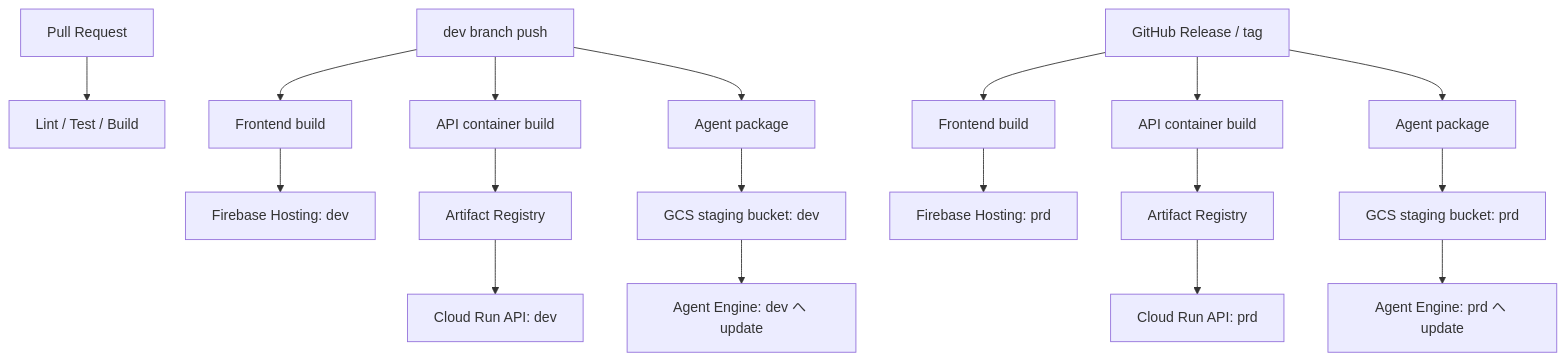
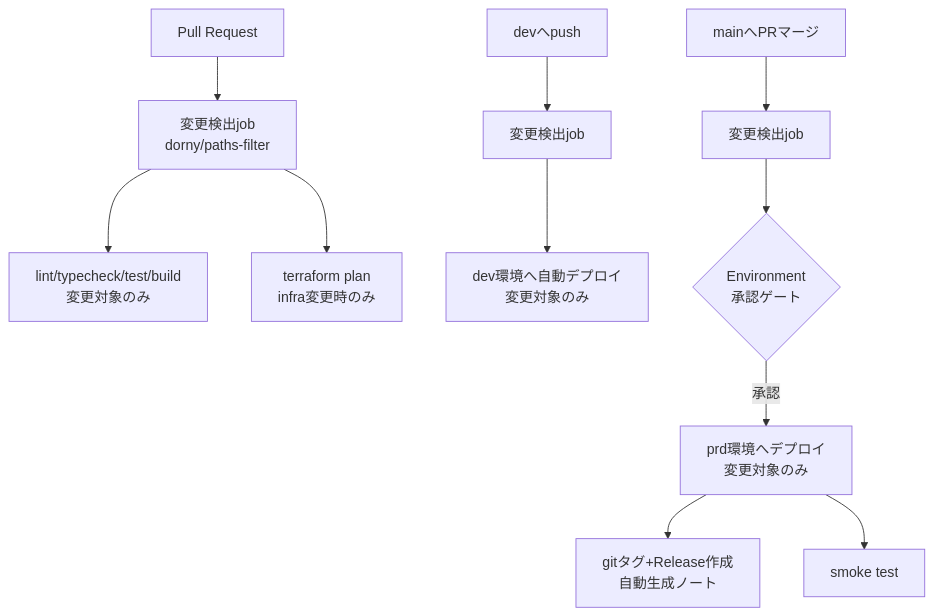
Before and after one commit to tasugiya/real_conversation_agents: the diagram in docs/infra/04_DEPLOY.md, drawn with Mermaid. The commit also changed other lines of this file and 4 other files, not shown here.

````diff
--- a/docs/infra/04_DEPLOY.md
+++ b/docs/infra/04_DEPLOY.md
@@ -60,24 +61,15 @@
 ```mermaid
 flowchart TD
-    PR[Pull Request] --> CI[Lint / Test / Build]
+    PR[Pull Request] --> Changes[変更検出job<br/>dorny/paths-filter]
+    Changes --> Lint[lint/typecheck/test/build<br/>変更対象のみ]
+    Changes --> Plan[terraform plan<br/>infra変更時のみ]
 
-    DevPush[dev branch push] --> FEBuildDev[Frontend build]
-    DevPush --> APIBuildDev[API container build]
-    DevPush --> AgentPackageDev[Agent package]
+    DevPush[devへpush] --> Changes2[変更検出job]
+    Changes2 --> DevDeploy[dev環境へ自動デプロイ<br/>変更対象のみ]
 
-    FEBuildDev --> FEDeployDev[Firebase Hosting: dev]
-    APIBuildDev --> ARDev[Artifact Registry]
-    ARDev --> APIDeployDev[Cloud Run API: dev]
-    AgentPackageDev --> GCSDev[GCS staging bucket: dev]
-    GCSDev --> AEDeployDev[Agent Engine: dev へ update]
-
-    Release[GitHub Release / tag] --> FEBuildPrd[Frontend build]
-    Release --> APIBuildPrd[API container build]
-    Release --> AgentPackagePrd[Agent package]
-
-    FEBuildPrd --> FEDeployPrd[Firebase Hosting: prd]
-    APIBuildPrd --> ARPrd[Artifact Registry]
-    ARPrd --> APIDeployPrd[Cloud Run API: prd]
-    AgentPackagePrd --> GCSPrd[GCS staging bucket: prd]
-    GCSPrd --> AEDeployPrd[Agent Engine: prd へ update]
+    MainMerge[mainへPRマージ] --> Changes3[変更検出job]
+    Changes3 --> Approval{Environment<br/>承認ゲート}
+    Approval -->|承認| PrdDeploy[prd環境へデプロイ<br/>変更対象のみ]
+    PrdDeploy --> Tag[gitタグ+Release作成<br/>自動生成ノート]
+    PrdDeploy --> Smoke[smoke test]
 ```
````
